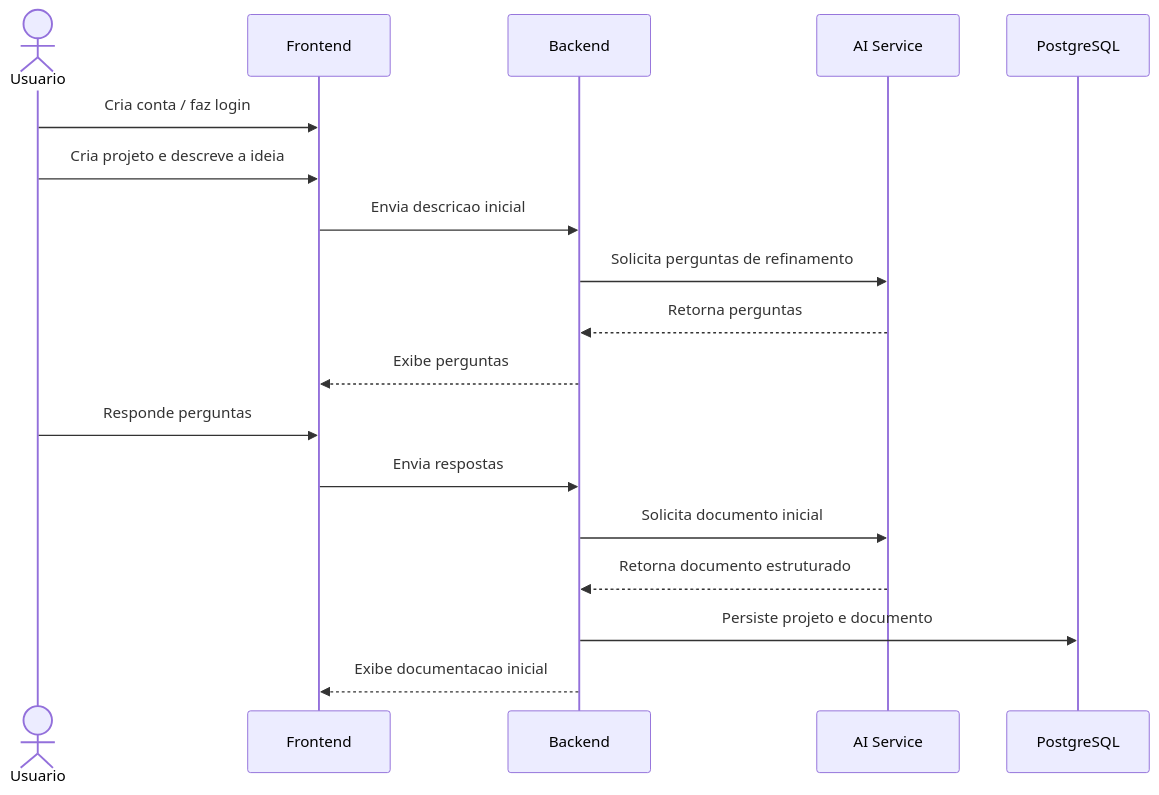
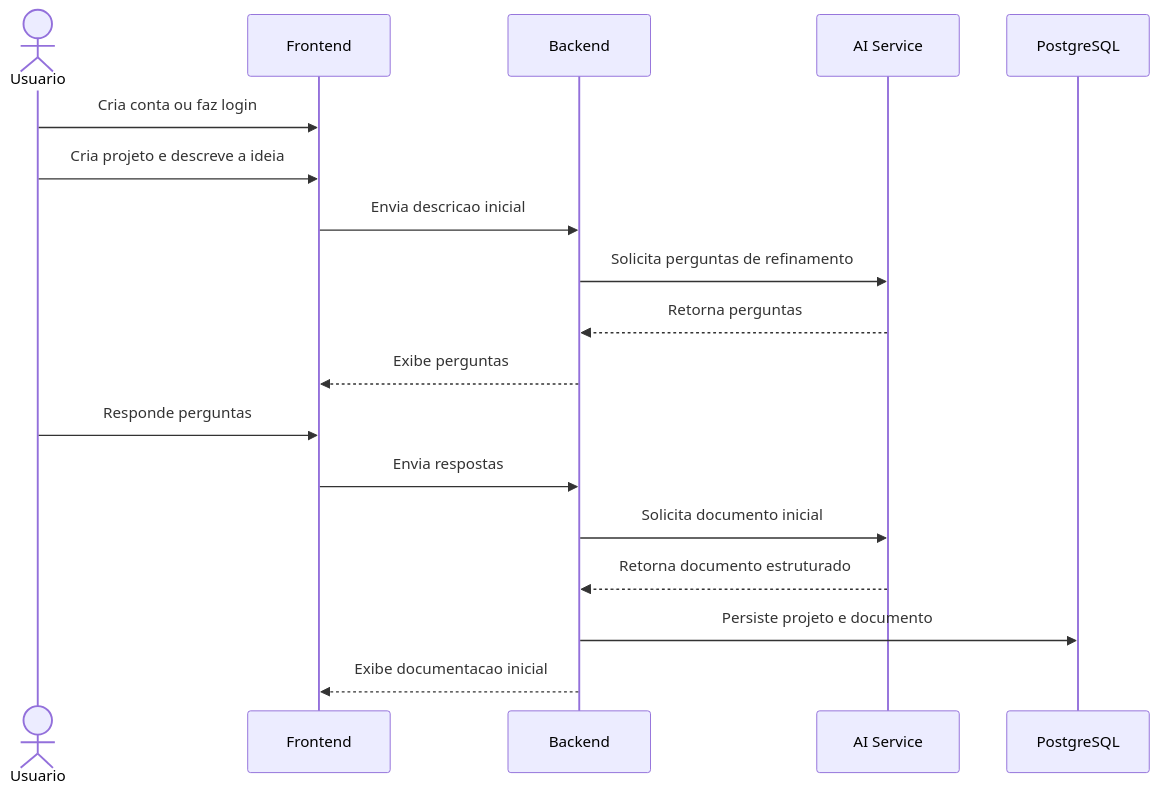
One commit to saulomlcosta/SpecPilot changed the second of 2 diagrams in README.md. Above: the diagram before and after it, drawn with Mermaid. The commit also changed other lines of this file and 12 other files, not shown here.

````diff
--- a/README.md
+++ b/README.md
@@ -89,21 +108,21 @@
 ```mermaid
 sequenceDiagram
     actor U as Usuario
     participant FE as Frontend
     participant API as Backend
     participant AI as AI Service
     participant DB as PostgreSQL
 
-    U->>FE: Cria conta / faz login
+    U->>FE: Cria conta ou faz login
     U->>FE: Cria projeto e descreve a ideia
     FE->>API: Envia descricao inicial
     API->>AI: Solicita perguntas de refinamento
     AI-->>API: Retorna perguntas
     API-->>FE: Exibe perguntas
     U->>FE: Responde perguntas
     FE->>API: Envia respostas
     API->>AI: Solicita documento inicial
     AI-->>API: Retorna documento estruturado
     API->>DB: Persiste projeto e documento
     API-->>FE: Exibe documentacao inicial
 ```
````
